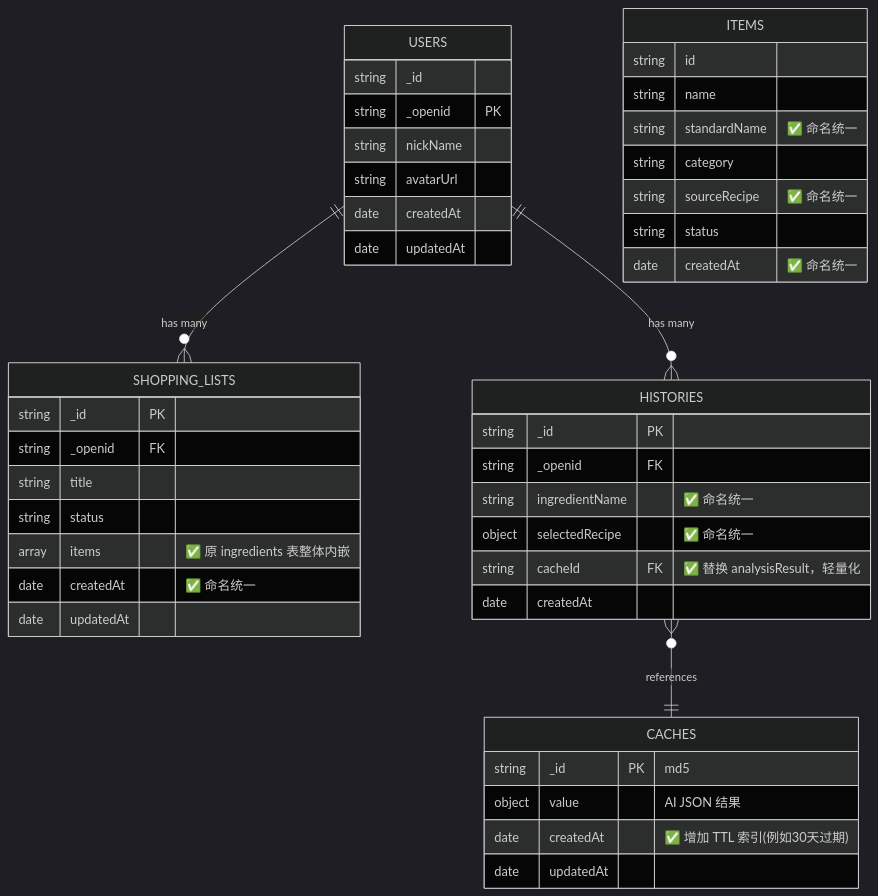
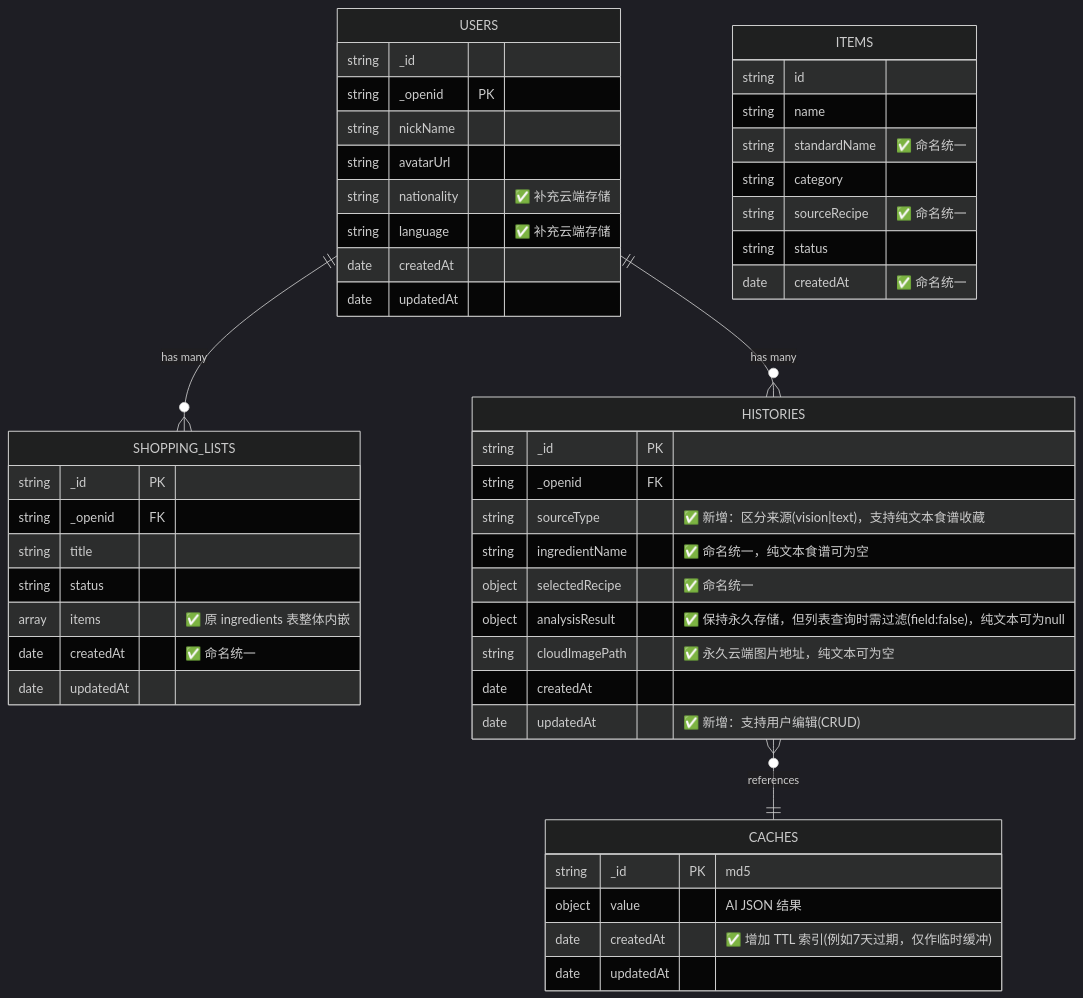
The second of 2 diagrams in docs/db-restructure-plan.md (yangjiamax/shicai), drawn with Mermaid (dark theme) before and after one commit. The commit also changed other lines of this file and 58 other files, not shown here.

````diff
--- a/docs/db-restructure-plan.md
+++ b/docs/db-restructure-plan.md
@@ -74,52 +76,57 @@
 ```mermaid
 erDiagram
     USERS ||--o{ SHOPPING_LISTS : "has many"
     USERS ||--o{ HISTORIES : "has many"
     HISTORIES }o--|| CACHES : "references"
     
     USERS {
         string _id
         string _openid PK
         string nickName
         string avatarUrl
+        string nationality "✅ 补充云端存储"
+        string language "✅ 补充云端存储"
         date createdAt
         date updatedAt
     }
 
     SHOPPING_LISTS {
         string _id PK
         string _openid FK
         string title
         string status
         array items "✅ 原 ingredients 表整体内嵌"
         date createdAt "✅ 命名统一"
         date updatedAt
     }
 
     %% 注意：ITEMS 现在是 SHOPPING_LISTS 内部的一个数组字段，不再是独立的表
     ITEMS {
         string id
         string name
         string standardName "✅ 命名统一"
         string category
         string sourceRecipe "✅ 命名统一"
         string status
         date createdAt "✅ 命名统一"
     }
 
     HISTORIES {
         string _id PK
         string _openid FK
-        string ingredientName "✅ 命名统一"
+        string sourceType "✅ 新增：区分来源(vision|text)，支持纯文本食谱收藏"
+        string ingredientName "✅ 命名统一，纯文本食谱可为空"
         object selectedRecipe "✅ 命名统一"
-        string cacheId FK "✅ 替换 analysisResult，轻量化"
+        object analysisResult "✅ 保持永久存储，但列表查询时需过滤(field:false)，纯文本可为null"
+        string cloudImagePath "✅ 永久云端图片地址，纯文本可为空"
         date createdAt
+        date updatedAt "✅ 新增：支持用户编辑(CRUD)"
     }
 
     CACHES {
         string _id PK "md5"
         object value "AI JSON 结果"
-        date createdAt "✅ 增加 TTL 索引(例如30天过期)"
+        date createdAt "✅ 增加 TTL 索引(例如7天过期，仅作临时缓冲)"
         date updatedAt
     }
 ```
````
